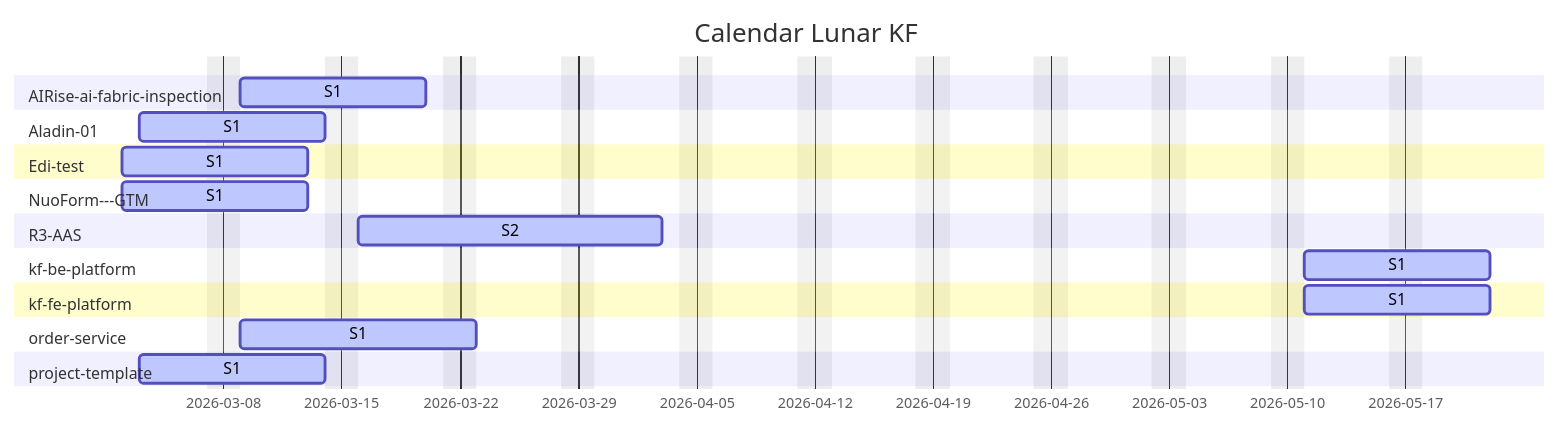
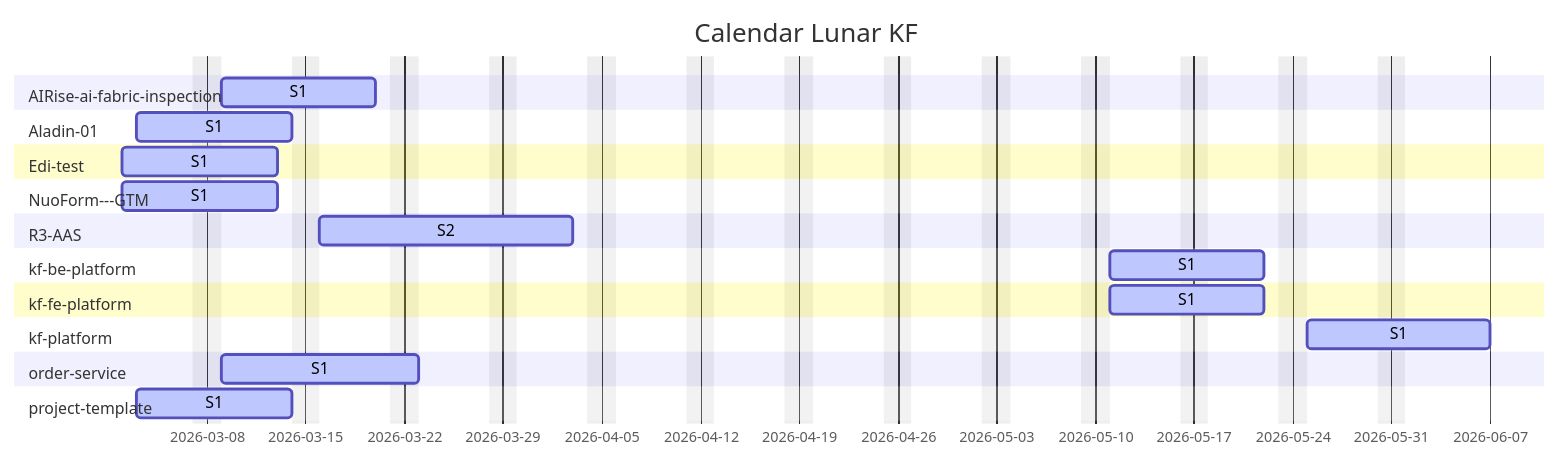
One commit to Katty-Fashion/kf-cpto changed the second of 2 diagrams in docs/unified-calendar.md. Above: the diagram before and after it, drawn with Mermaid. The commit also changed other lines of this file and 13 other files, not shown here.

````diff
--- a/docs/unified-calendar.md
+++ b/docs/unified-calendar.md
@@ -22,25 +22,27 @@
 ```mermaid
 gantt
     title Calendar Lunar KF
     dateFormat YYYY-MM-DD
     excludes weekends
 
     section AIRise-ai-fabric-inspection
     S1 :active, 2026-03-09, 2026-03-20
     section Aladin-01
     S1 :active, 2026-03-03, 2026-03-14
     section Edi-test
     S1 :active, 2026-03-02, 2026-03-13
     section NuoForm---GTM
     S1 :active, 2026-03-02, 2026-03-13
     section R3-AAS
     S2 :active, 2026-03-16, 2026-04-03
     section kf-be-platform
     S1 :active, 2026-05-11, 2026-05-22
     section kf-fe-platform
     S1 :active, 2026-05-11, 2026-05-22
+    section kf-platform
+    S1 :active, 2026-05-25, 2026-06-07
     section order-service
     S1 :active, 2026-03-09, 2026-03-23
     section project-template
     S1 :active, 2026-03-03, 2026-03-14
 ```
````
